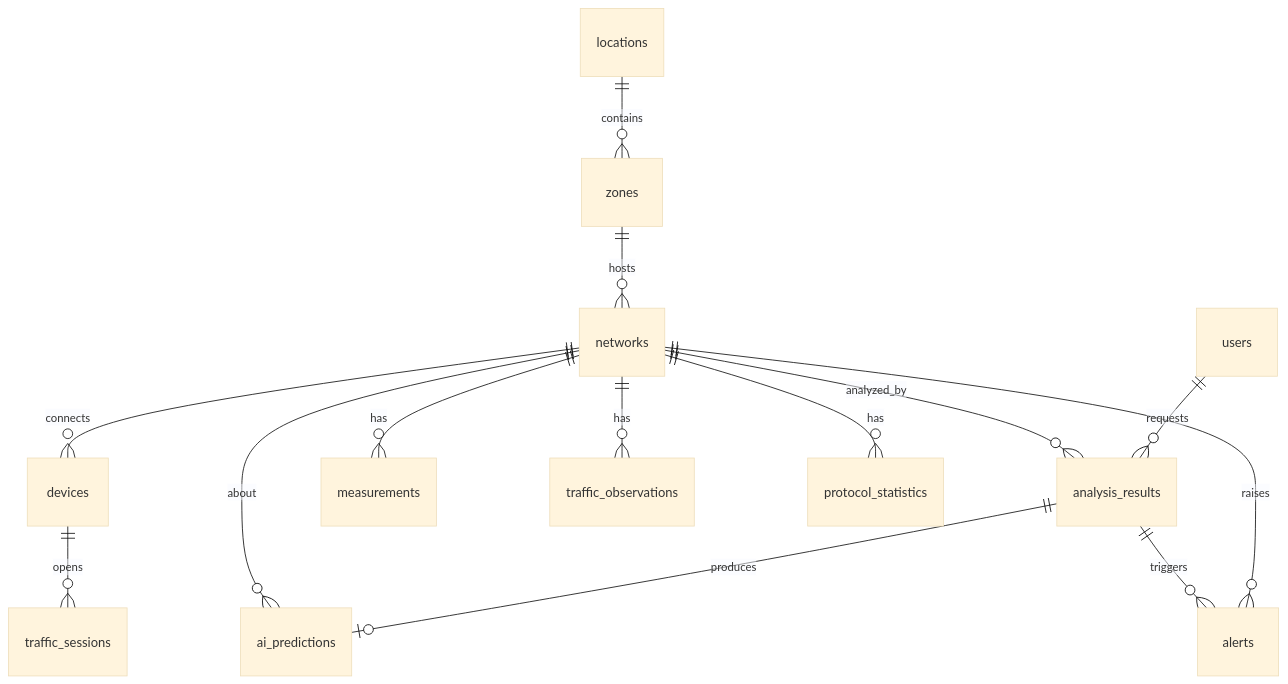
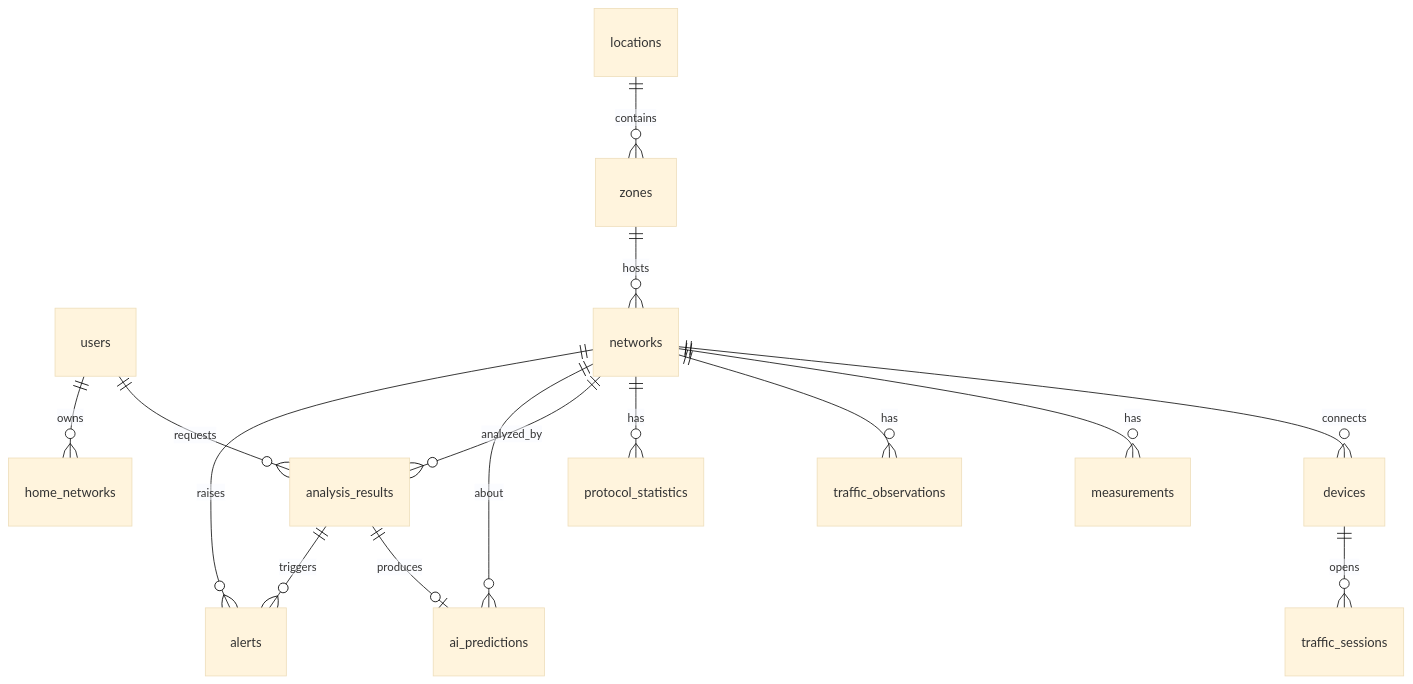
One commit to davidcampino06/Patrones_WiFi_db changed the diagram in docs/schema.md. Above: the diagram before and after it, drawn with Mermaid (base theme). The commit also changed other lines of this file and 1 other file, not shown here.

Commit message:
docs: document the home_networks table and its relation to users

````diff
--- a/docs/schema.md
+++ b/docs/schema.md
@@ -3,16 +3,17 @@
 ```mermaid
 erDiagram
     users ||--o{ analysis_results : requests
+    users ||--o{ home_networks : owns
     locations ||--o{ zones : contains
     zones ||--o{ networks : hosts
     networks ||--o{ devices : connects
     networks ||--o{ measurements : has
     networks ||--o{ traffic_observations : has
     networks ||--o{ protocol_statistics : has
     devices ||--o{ traffic_sessions : opens
     networks ||--o{ analysis_results : analyzed_by
     analysis_results ||--o| ai_predictions : produces
     networks ||--o{ ai_predictions : about
     networks ||--o{ alerts : raises
     analysis_results ||--o{ alerts : triggers
 ```
````
